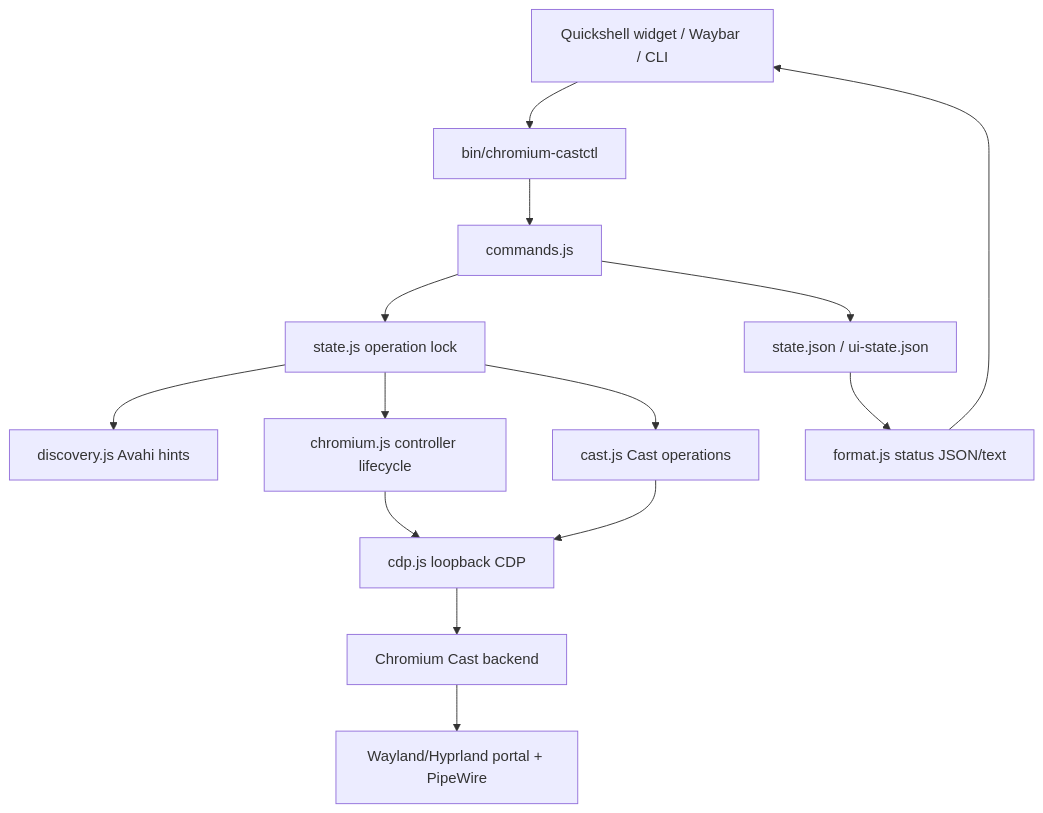
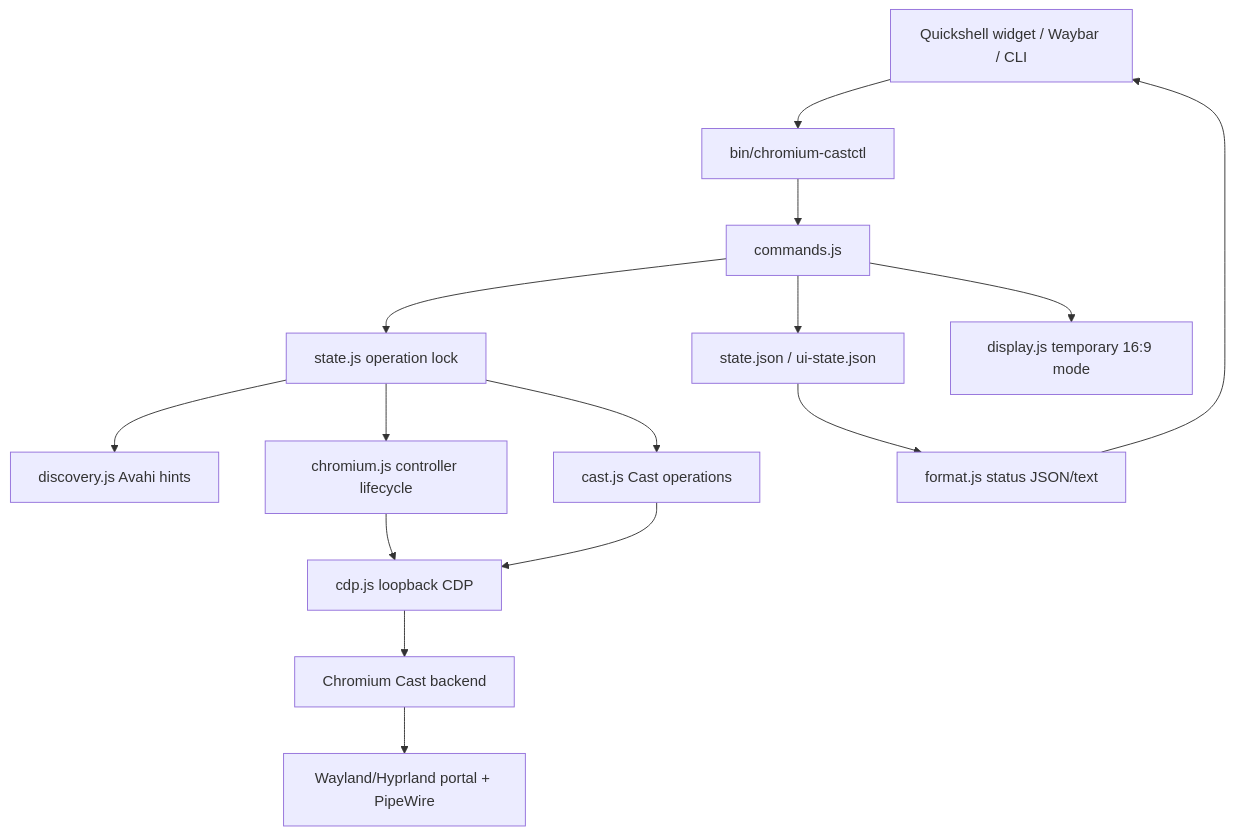
One commit to zdehasek/omarchy-chromecast changed the first of 4 diagrams in docs/architecture.md. Above: the diagram before and after it, drawn with Mermaid. The commit also changed other lines of this file and 11 other files, not shown here.

````diff
--- a/docs/architecture.md
+++ b/docs/architecture.md
@@ -22,16 +23,17 @@
 ```mermaid
 flowchart TD
   UI[Quickshell widget / Waybar / CLI] --> BIN[bin/chromium-castctl]
   BIN --> CMD[commands.js]
   CMD --> LOCK[state.js operation lock]
   LOCK --> DISC[discovery.js Avahi hints]
   LOCK --> CHR[chromium.js controller lifecycle]
   LOCK --> CAST[cast.js Cast operations]
   CHR --> CDP[cdp.js loopback CDP]
   CAST --> CDP
   CDP --> BACKEND[Chromium Cast backend]
   BACKEND --> PORTAL[Wayland/Hyprland portal + PipeWire]
   CMD --> STATE[state.json / ui-state.json]
+  CMD --> DISPLAY[display.js temporary 16:9 mode]
   STATE --> FORMAT[format.js status JSON/text]
   FORMAT --> UI
 ```
````
